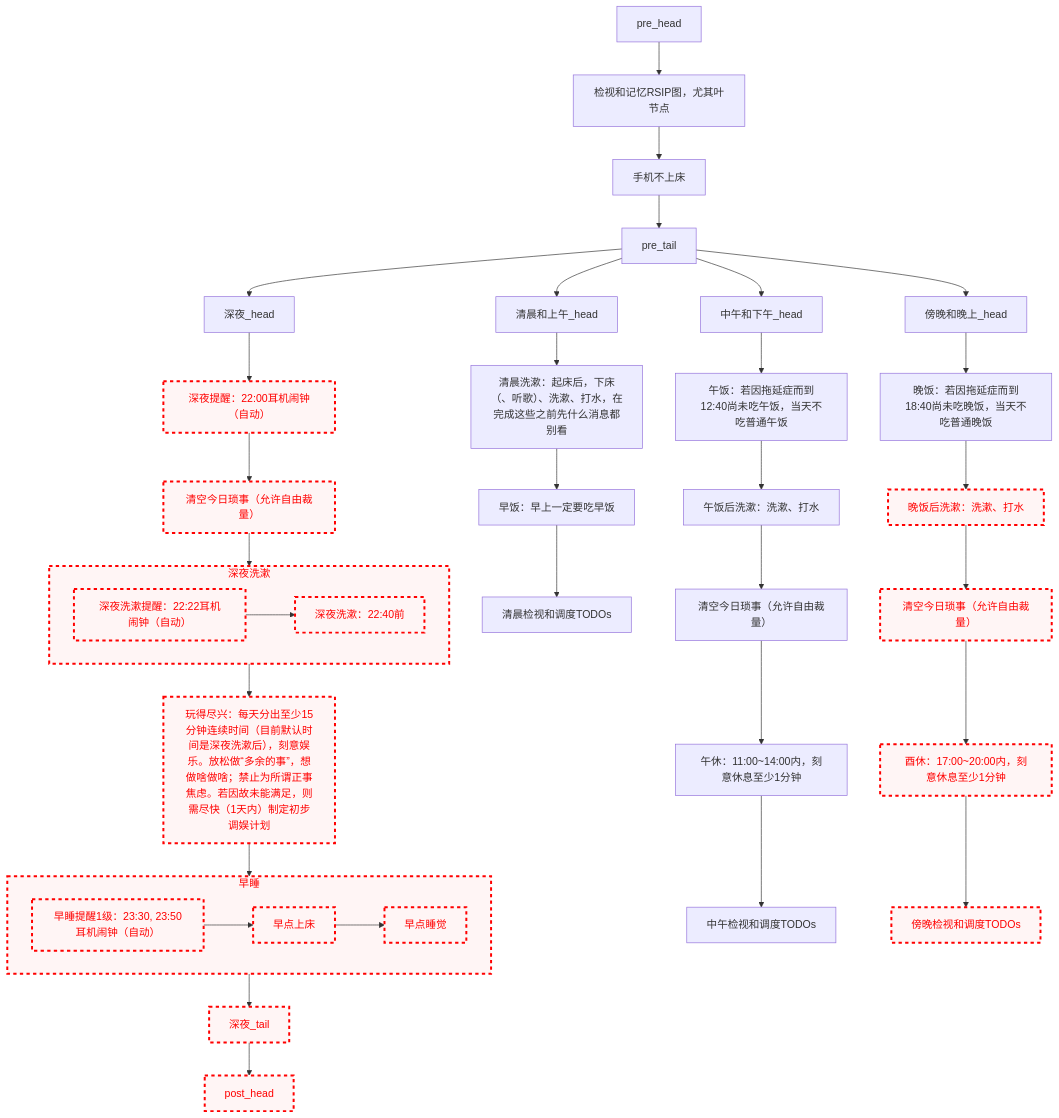
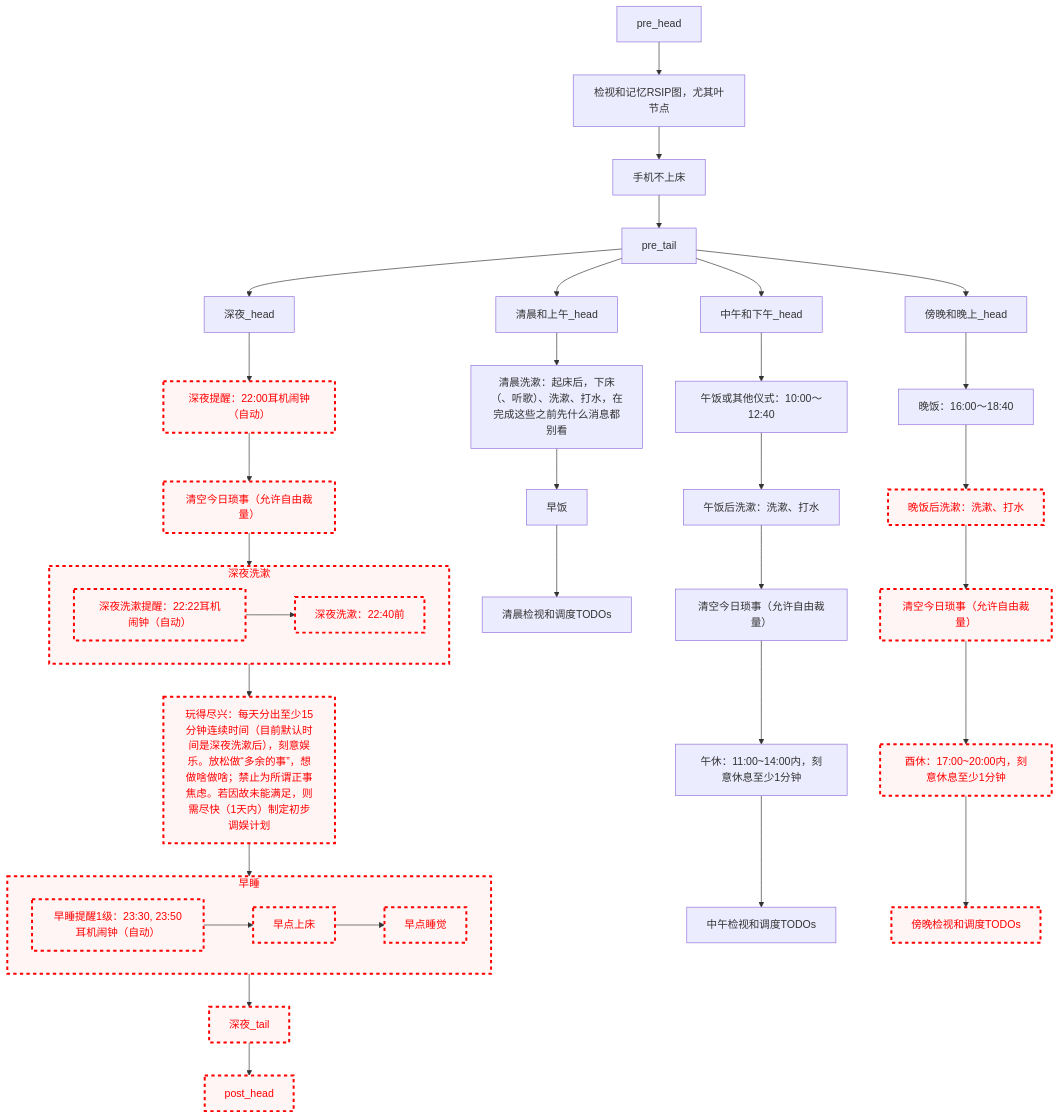
Before and after one commit to Ethkuil/RSIP-tree: the diagram in README.md, drawn with Mermaid.

Commit message:
更新就餐相关，比如午饭可以不吃
NVIDIA中午一般不午休。提前适应一下生活方式

````diff
--- a/README.md
+++ b/README.md
@@ -21,70 +21,70 @@
 ```mermaid
 graph TD
 
 classDef failed stroke:#ff0000, stroke-width:3px, color:#ff0000, fill:#fff5f5, stroke-dasharray: 5
 
 pre_head --> RSIP[检视和记忆RSIP图，尤其叶节点]
 RSIP --> 手机不上床
 手机不上床 --> pre_tail
 
 
 pre_tail --> 清晨和上午_head
 清晨和上午_head --> 清晨洗漱
 清晨洗漱[清晨洗漱：起床后，下床（、听歌）、洗漱、打水，在完成这些之前先什么消息都别看]
-清晨洗漱 --> 早饭[早饭：早上一定要吃早饭]
+清晨洗漱 --> 早饭
 早饭 --> 清晨看TODO[清晨检视和调度TODOs]
 
 
 pre_tail --> 中午和下午_head
-中午和下午_head --> 午饭[午饭：若因拖延症而到12:40尚未吃午饭，当天不吃普通午饭]
+中午和下午_head --> 午饭[午饭或其他仪式：10:00～12:40]
 午饭 --> 午饭后洗漱[午饭后洗漱：洗漱、打水]
 午饭后洗漱 --> 中午今日琐事[清空今日琐事（允许自由裁量）]
 中午今日琐事 --> 午休[午休：11:00~14:00内，刻意休息至少1分钟]
 午休 --> 中午看TODO[中午检视和调度TODOs]
 
 
 pre_tail --> 傍晚和晚上_head
-傍晚和晚上_head --> 晚饭[晚饭：若因拖延症而到18:40尚未吃晚饭，当天不吃普通晚饭]
+傍晚和晚上_head --> 晚饭[晚饭：16:00～18:40]
 晚饭 --> 晚饭后洗漱[晚饭后洗漱：洗漱、打水]
 class 晚饭后洗漱 failed
 晚饭后洗漱 --> 傍晚今日琐事[清空今日琐事（允许自由裁量）]
 class 傍晚今日琐事 failed
 傍晚今日琐事 --> 酉休[酉休：17:00~20:00内，刻意休息至少1分钟]
 class 酉休 failed
 酉休 --> 傍晚看TODO[傍晚检视和调度TODOs]
 class 傍晚看TODO failed
 
 
 pre_tail --> 深夜_head
 深夜_head --> 深夜提醒[深夜提醒：22:00耳机闹钟（自动）]
 class 深夜提醒 failed
 深夜提醒 --> 深夜今日琐事[清空今日琐事（允许自由裁量）]
 class 深夜今日琐事 failed
 深夜今日琐事 --> 深夜洗漱
 subgraph 深夜洗漱
   深夜洗漱提醒[深夜洗漱提醒：22:22耳机闹钟（自动）]
   class 深夜洗漱提醒 failed
   深夜洗漱提醒 --> 深夜洗漱执行[深夜洗漱：22:40前]
   class 深夜洗漱执行 failed
 end
 class 深夜洗漱 failed
 深夜洗漱 --> 玩得尽兴[玩得尽兴：每天分出至少15分钟连续时间（目前默认时间是深夜洗漱后），刻意娱乐。放松做“多余的事”，想做啥做啥；禁止为所谓正事焦虑。若因故未能满足，则需尽快（1天内）制定初步调娱计划]
 class 玩得尽兴 failed
 
 玩得尽兴 --> 早睡
 subgraph 早睡
   早睡提醒1级[早睡提醒1级：23:30, 23:50耳机闹钟（自动）]
   class 早睡提醒1级 failed
   早睡提醒1级 --> 早点上床
   class 早点上床 failed
   早点上床 --> 早点睡觉
   class 早点睡觉 failed
 end
 class 早睡 failed
 早睡 --> 深夜_tail
 class 深夜_tail failed
 
 
 深夜_tail --> post_head
 class post_head failed
 ```
````
